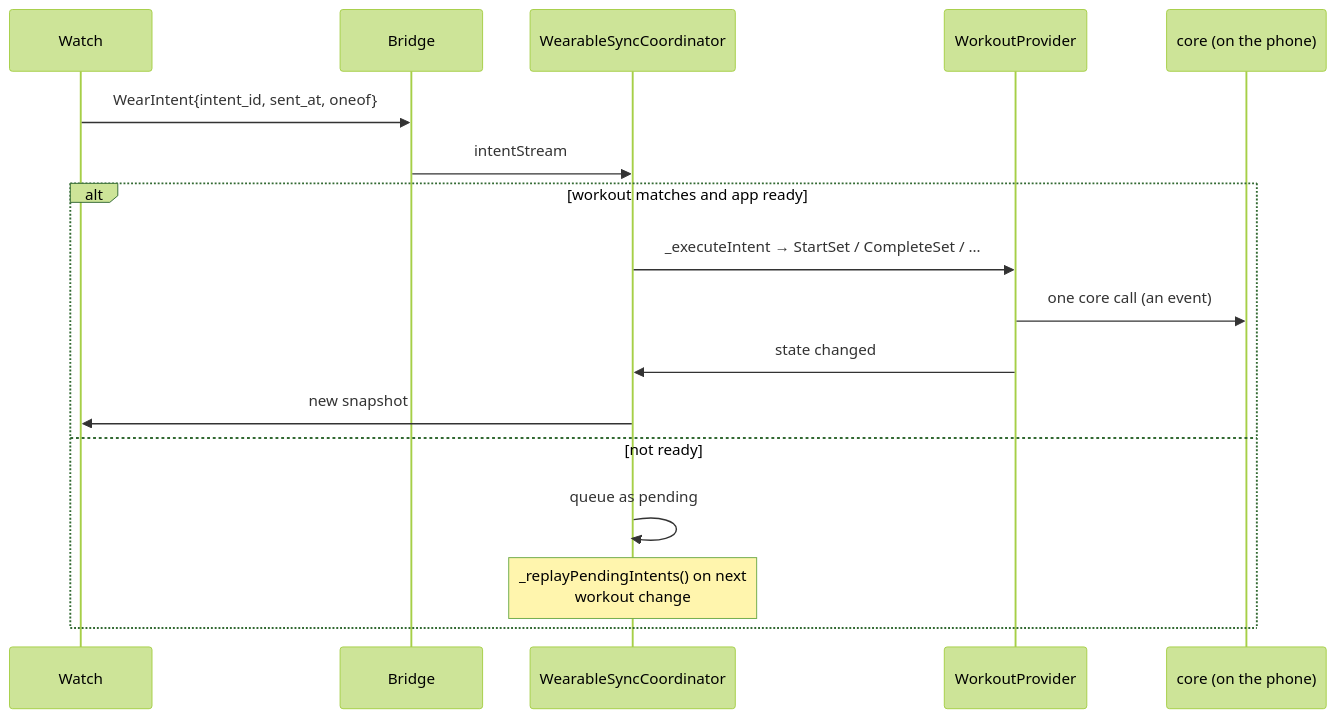
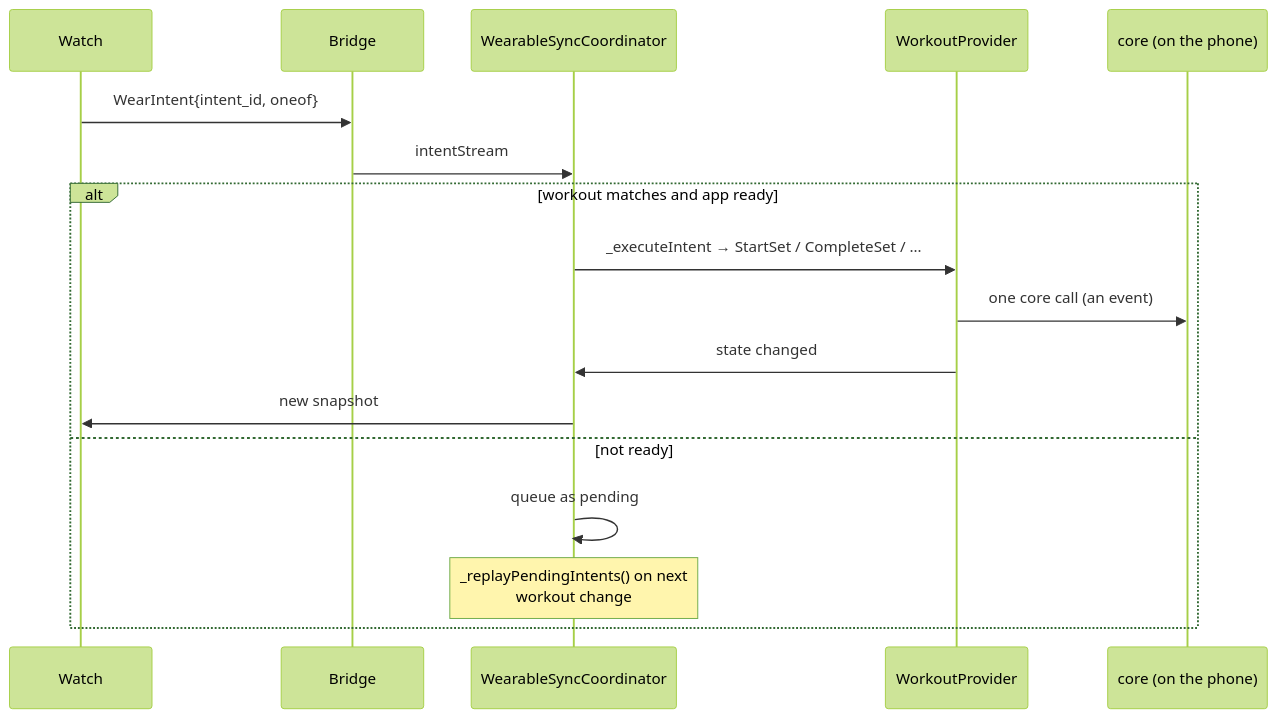
One commit to brensch/lift changed the third of 4 diagrams in docs/architecture/wearable.md. Above: the diagram before and after it, drawn with Mermaid (forest theme). The commit also changed other lines of this file and 294 other files, not shown here.

````diff
--- a/docs/architecture/wearable.md
+++ b/docs/architecture/wearable.md
@@ -121,20 +121,20 @@
 ```mermaid
 sequenceDiagram
     participant W as Watch
     participant B as Bridge
     participant C as WearableSyncCoordinator
     participant P as WorkoutProvider
     participant K as core (on the phone)
 
-    W->>B: WearIntent{intent_id, sent_at, oneof}
+    W->>B: WearIntent{intent_id, oneof}
     B->>C: intentStream
     alt workout matches and app ready
         C->>P: _executeIntent → StartSet / CompleteSet / …
         P->>K: one core call (an event)
         P->>C: state changed
         C->>W: new snapshot
     else not ready
         C->>C: queue as pending
         Note over C: _replayPendingIntents() on next<br/>workout change
     end
 ```
````
